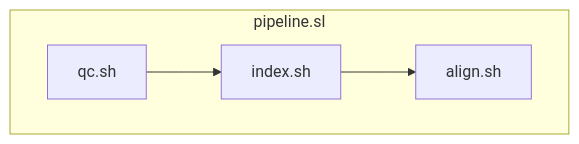
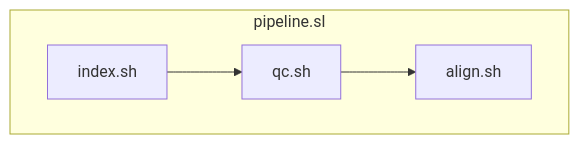
One commit to nesi/support-docs changed the first of 2 diagrams in docs/Tutorials/Job_Scripting/Job_Dependencies.md. Above: the diagram before and after it, drawn with Mermaid. The commit also changed other lines of this file and 13 other files, not shown here.

````diff
--- a/docs/Tutorials/Job_Scripting/Job_Dependencies.md
+++ b/docs/Tutorials/Job_Scripting/Job_Dependencies.md
@@ -71,7 +71,7 @@
 ```mermaid
 flowchart TD
     subgraph job["pipeline.sl"]
-        qc["qc.sh"] --> index["index.sh"]
-        index --> align["align.sh"]
+        index["index.sh"] --> qc["qc.sh"]
+        qc --> align["align.sh"]
     end
 ```
````
